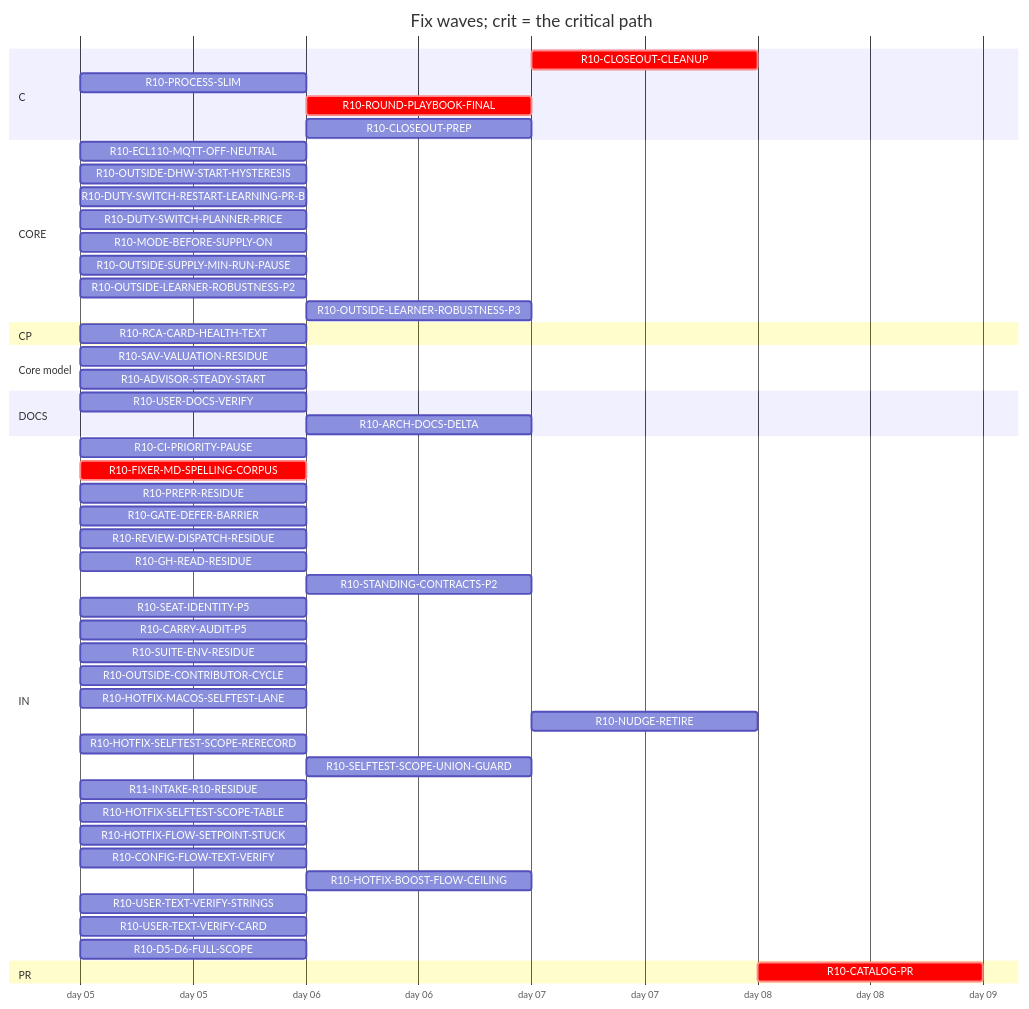
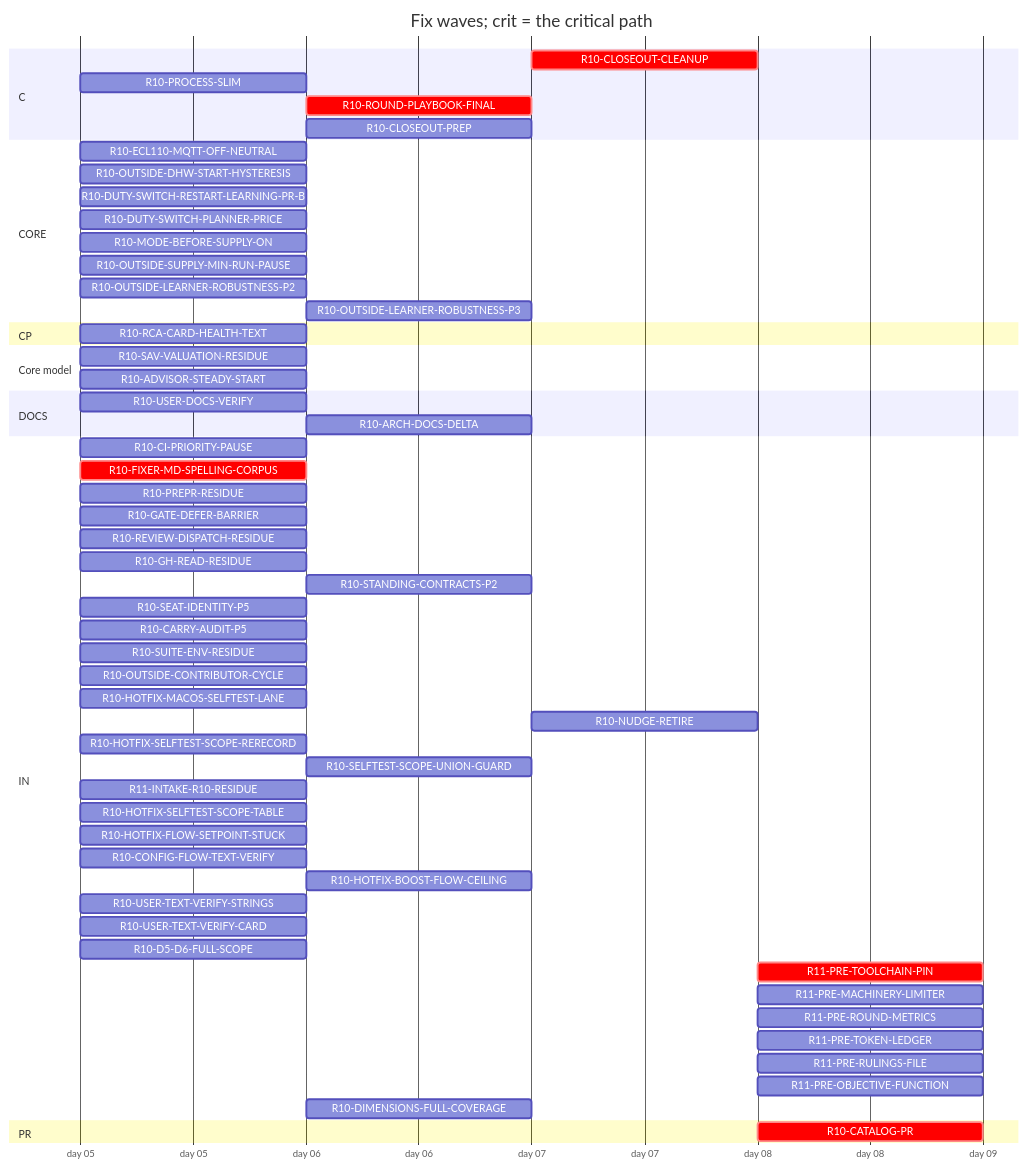
Before and after one commit to tvofi/heatpump_optimizer: the diagram in handoff/round10/state/PLAN-TABLE.md, drawn with Mermaid. The commit also changed other lines of this file and 3 other files, not shown here.

Commit message:
state: FLOW-BOARD.md, NEXT-SESSION-PROMPT.md, PLAN-TABLE.md, PLAN.html, RESUME-CURRENT.md regenerated (state_docs.py)

````diff
--- a/handoff/round10/state/PLAN-TABLE.md
+++ b/handoff/round10/state/PLAN-TABLE.md
@@ -20,54 +20,61 @@
 ```mermaid
 gantt
   title Fix waves; crit = the critical path
   dateFormat YYYY-MM-DD
   axisFormat day %d
   section C
     R10-CLOSEOUT-CLEANUP :crit, r10CLOSEOUTCLEANUP, after r10USERDOCSVERIFY r10ROUNDPLAYBOOKFINAL r10CLOSEOUTPREP r10ARCHDOCSDELTA, 1d
     R10-PROCESS-SLIM :r10PROCESSSLIM, 2026-01-05, 1d
     R10-ROUND-PLAYBOOK-FINAL :crit, r10ROUNDPLAYBOOKFINAL, after r10FIXERMDSPELLINGCORPUS, 1d
     R10-CLOSEOUT-PREP :r10CLOSEOUTPREP, after r10FIXERMDSPELLINGCORPUS, 1d
   section CORE
     R10-ECL110-MQTT-OFF-NEUTRAL :r10ECL110MQTTOFFNEUTRAL, 2026-01-05, 1d
     R10-OUTSIDE-DHW-START-HYSTERESIS :r10OUTSIDEDHWSTARTHYSTERESIS, 2026-01-05, 1d
     R10-DUTY-SWITCH-RESTART-LEARNING-PR-B :r10DUTYSWITCHRESTARTLEARNINGPRB, 2026-01-05, 1d
     R10-DUTY-SWITCH-PLANNER-PRICE :r10DUTYSWITCHPLANNERPRICE, 2026-01-05, 1d
     R10-MODE-BEFORE-SUPPLY-ON :r10MODEBEFORESUPPLYON, 2026-01-05, 1d
     R10-OUTSIDE-SUPPLY-MIN-RUN-PAUSE :r10OUTSIDESUPPLYMINRUNPAUSE, 2026-01-05, 1d
     R10-OUTSIDE-LEARNER-ROBUSTNESS-P2 :r10OUTSIDELEARNERROBUSTNESSP2, 2026-01-05, 1d
     R10-OUTSIDE-LEARNER-ROBUSTNESS-P3 :r10OUTSIDELEARNERROBUSTNESSP3, after r10OUTSIDELEARNERROBUSTNESSP2, 1d
   section CP
     R10-RCA-CARD-HEALTH-TEXT :r10RCACARDHEALTHTEXT, 2026-01-05, 1d
   section Core model
     R10-SAV-VALUATION-RESIDUE :r10SAVVALUATIONRESIDUE, 2026-01-05, 1d
     R10-ADVISOR-STEADY-START :r10ADVISORSTEADYSTART, 2026-01-05, 1d
   section DOCS
     R10-USER-DOCS-VERIFY :r10USERDOCSVERIFY, 2026-01-05, 1d
     R10-ARCH-DOCS-DELTA :r10ARCHDOCSDELTA, after r10SAVVALUATIONRESIDUE r10ADVISORSTEADYSTART r10PROCESSSLIM, 1d
   section IN
     R10-CI-PRIORITY-PAUSE :r10CIPRIORITYPAUSE, 2026-01-05, 1d
     R10-FIXER-MD-SPELLING-CORPUS :crit, r10FIXERMDSPELLINGCORPUS, 2026-01-05, 1d
     R10-PREPR-RESIDUE :r10PREPRRESIDUE, 2026-01-05, 1d
     R10-GATE-DEFER-BARRIER :r10GATEDEFERBARRIER, 2026-01-05, 1d
     R10-REVIEW-DISPATCH-RESIDUE :r10REVIEWDISPATCHRESIDUE, 2026-01-05, 1d
     R10-GH-READ-RESIDUE :r10GHREADRESIDUE, 2026-01-05, 1d
     R10-STANDING-CONTRACTS-P2 :r10STANDINGCONTRACTSP2, after r10FIXERMDSPELLINGCORPUS, 1d
     R10-SEAT-IDENTITY-P5 :r10SEATIDENTITYP5, 2026-01-05, 1d
     R10-CARRY-AUDIT-P5 :r10CARRYAUDITP5, 2026-01-05, 1d
     R10-SUITE-ENV-RESIDUE :r10SUITEENVRESIDUE, 2026-01-05, 1d
     R10-OUTSIDE-CONTRIBUTOR-CYCLE :r10OUTSIDECONTRIBUTORCYCLE, 2026-01-05, 1d
     R10-HOTFIX-MACOS-SELFTEST-LANE :r10HOTFIXMACOSSELFTESTLANE, 2026-01-05, 1d
     R10-NUDGE-RETIRE :r10NUDGERETIRE, after r10ROUNDPLAYBOOKFINAL, 1d
     R10-HOTFIX-SELFTEST-SCOPE-RERECORD :r10HOTFIXSELFTESTSCOPERERECORD, 2026-01-05, 1d
     R10-SELFTEST-SCOPE-UNION-GUARD :r10SELFTESTSCOPEUNIONGUARD, after r10HOTFIXSELFTESTSCOPERERECORD, 1d
     R11-INTAKE-R10-RESIDUE :r11INTAKER10RESIDUE, 2026-01-05, 1d
     R10-HOTFIX-SELFTEST-SCOPE-TABLE :r10HOTFIXSELFTESTSCOPETABLE, 2026-01-05, 1d
     R10-HOTFIX-FLOW-SETPOINT-STUCK :r10HOTFIXFLOWSETPOINTSTUCK, 2026-01-05, 1d
     R10-CONFIG-FLOW-TEXT-VERIFY :r10CONFIGFLOWTEXTVERIFY, 2026-01-05, 1d
     R10-HOTFIX-BOOST-FLOW-CEILING :r10HOTFIXBOOSTFLOWCEILING, after r10HOTFIXFLOWSETPOINTSTUCK, 1d
     R10-USER-TEXT-VERIFY-STRINGS :r10USERTEXTVERIFYSTRINGS, 2026-01-05, 1d
     R10-USER-TEXT-VERIFY-CARD :r10USERTEXTVERIFYCARD, 2026-01-05, 1d
     R10-D5-D6-FULL-SCOPE :r10D5D6FULLSCOPE, 2026-01-05, 1d
+    R11-PRE-TOOLCHAIN-PIN :crit, r11PRETOOLCHAINPIN, after r10CATALOGPR, 1d
+    R11-PRE-MACHINERY-LIMITER :r11PREMACHINERYLIMITER, after r10CATALOGPR, 1d
+    R11-PRE-ROUND-METRICS :r11PREROUNDMETRICS, after r10CATALOGPR, 1d
+    R11-PRE-TOKEN-LEDGER :r11PRETOKENLEDGER, after r10CATALOGPR, 1d
+    R11-PRE-RULINGS-FILE :r11PRERULINGSFILE, after r10CATALOGPR, 1d
+    R11-PRE-OBJECTIVE-FUNCTION :r11PREOBJECTIVEFUNCTION, after r10CATALOGPR, 1d
+    R10-DIMENSIONS-FULL-COVERAGE :r10DIMENSIONSFULLCOVERAGE, after r10D5D6FULLSCOPE, 1d
   section PR
     R10-CATALOG-PR :crit, r10CATALOGPR, after r10USERDOCSVERIFY r10ROUNDPLAYBOOKFINAL r10CLOSEOUTCLEANUP r10CLOSEOUTPREP r10ARCHDOCSDELTA, 1d
 ```
````
